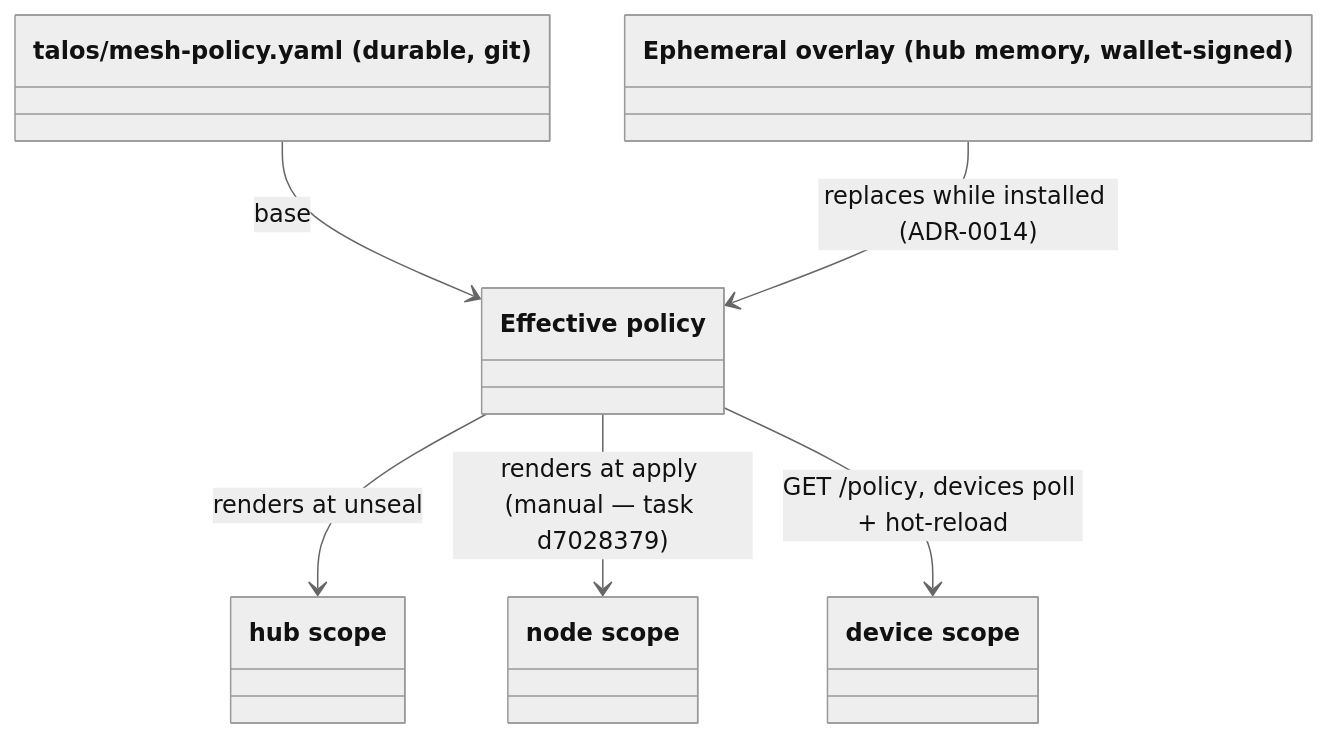
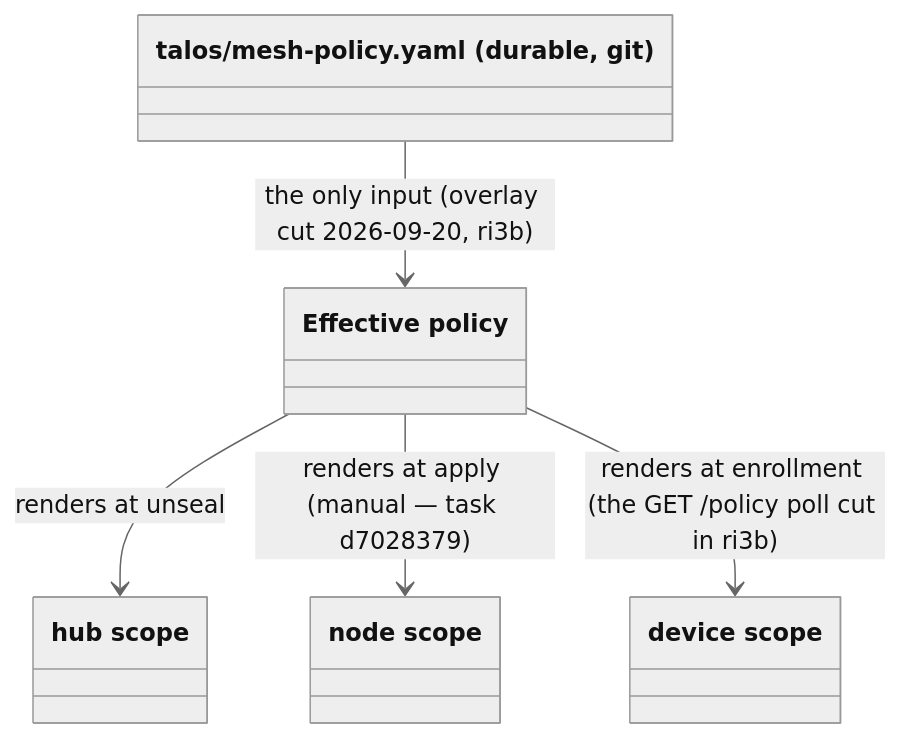
Before and after one commit to marnyg/talos-config: the fourth of 6 diagrams in docs/desired-state/domain-model.md, drawn with Mermaid (neutral theme). The commit also changed other lines of this file and 20 other files, not shown here.

First line of the commit message:
config-server: delete the hub's /hosts and /policy, the overlay page and policyclient (ri3b)

````diff
--- a/docs/desired-state/domain-model.md
+++ b/docs/desired-state/domain-model.md
@@ -253,14 +253,12 @@
 ```mermaid
 classDiagram
     class PolicyFile["talos/mesh-policy.yaml (durable, git)"]
-    class Overlay["Ephemeral overlay (hub memory, wallet-signed)"]
     class Effective["Effective policy"]
     class HubScope["hub scope"]
     class NodeScope["node scope"]
     class DeviceScope["device scope"]
-    PolicyFile --> Effective : base
-    Overlay --> Effective : replaces while installed (ADR-0014)
+    PolicyFile --> Effective : the only input (overlay cut 2026-09-20, ri3b)
     Effective --> HubScope : renders at unseal
     Effective --> NodeScope : renders at apply (manual — task d7028379)
-    Effective --> DeviceScope : GET /policy, devices poll + hot-reload
+    Effective --> DeviceScope : renders at enrollment (the GET /policy poll cut in ri3b)
 ```
````
